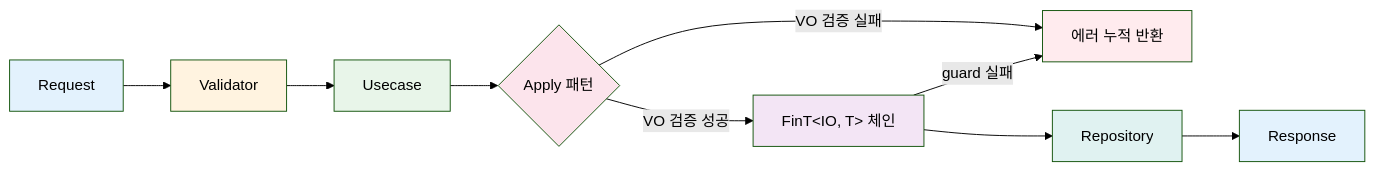
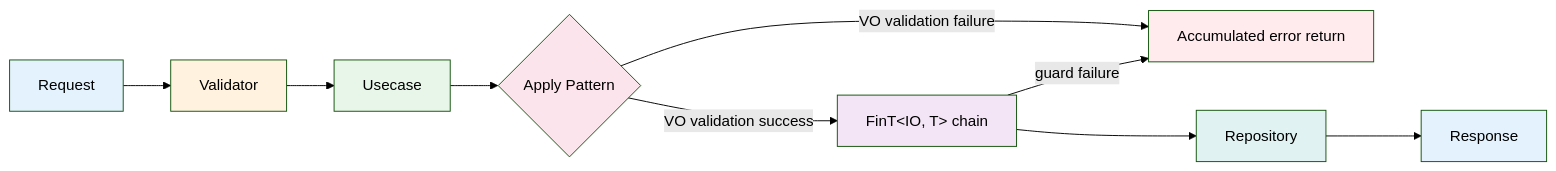
One commit to hhko/Functorium changed the first of 2 diagrams in Docs.Site/src/content/docs/samples/ecommerce-ddd/application/01-type-design-decisions.md. Above: the diagram before and after it, drawn with Mermaid (forest theme). The commit also changed other lines of this file and 39 other files, not shown here.

Commit message:
docs(i18n): ecommerce-ddd 샘플, architecture-rules 튜토리얼, specification 서론 영문 번역

````diff
--- a/Docs.Site/src/content/docs/samples/ecommerce-ddd/application/01-type-design-decisions.md
+++ b/Docs.Site/src/content/docs/samples/ecommerce-ddd/application/01-type-design-decisions.md
@@ -399,20 +399,20 @@
 ```mermaid
 flowchart LR
     A[Request] --> B[Validator]
     B --> C[Usecase]
-    C --> D{Apply 패턴}
-    D -->|VO 검증 성공| E["FinT&lt;IO, T&gt; 체인"]
-    D -->|VO 검증 실패| F[에러 누적 반환]
+    C --> D{Apply Pattern}
+    D -->|VO validation success| E["FinT&lt;IO, T&gt; chain"]
+    D -->|VO validation failure| F[Accumulated error return]
     E --> G[Repository]
     G --> H[Response]
-    E -->|guard 실패| F
+    E -->|guard failure| F
 
     style A fill:#e3f2fd
     style B fill:#fff3e0
     style C fill:#e8f5e9
     style D fill:#fce4ec
     style E fill:#f3e5f5
     style G fill:#e0f2f1
     style H fill:#e3f2fd
     style F fill:#ffebee
 ```
````
